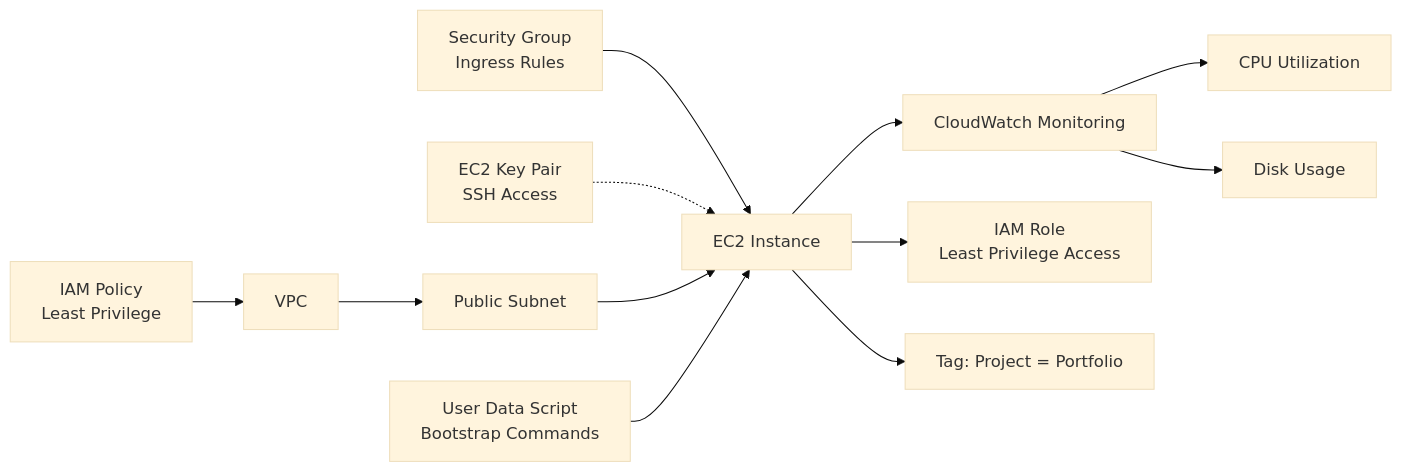
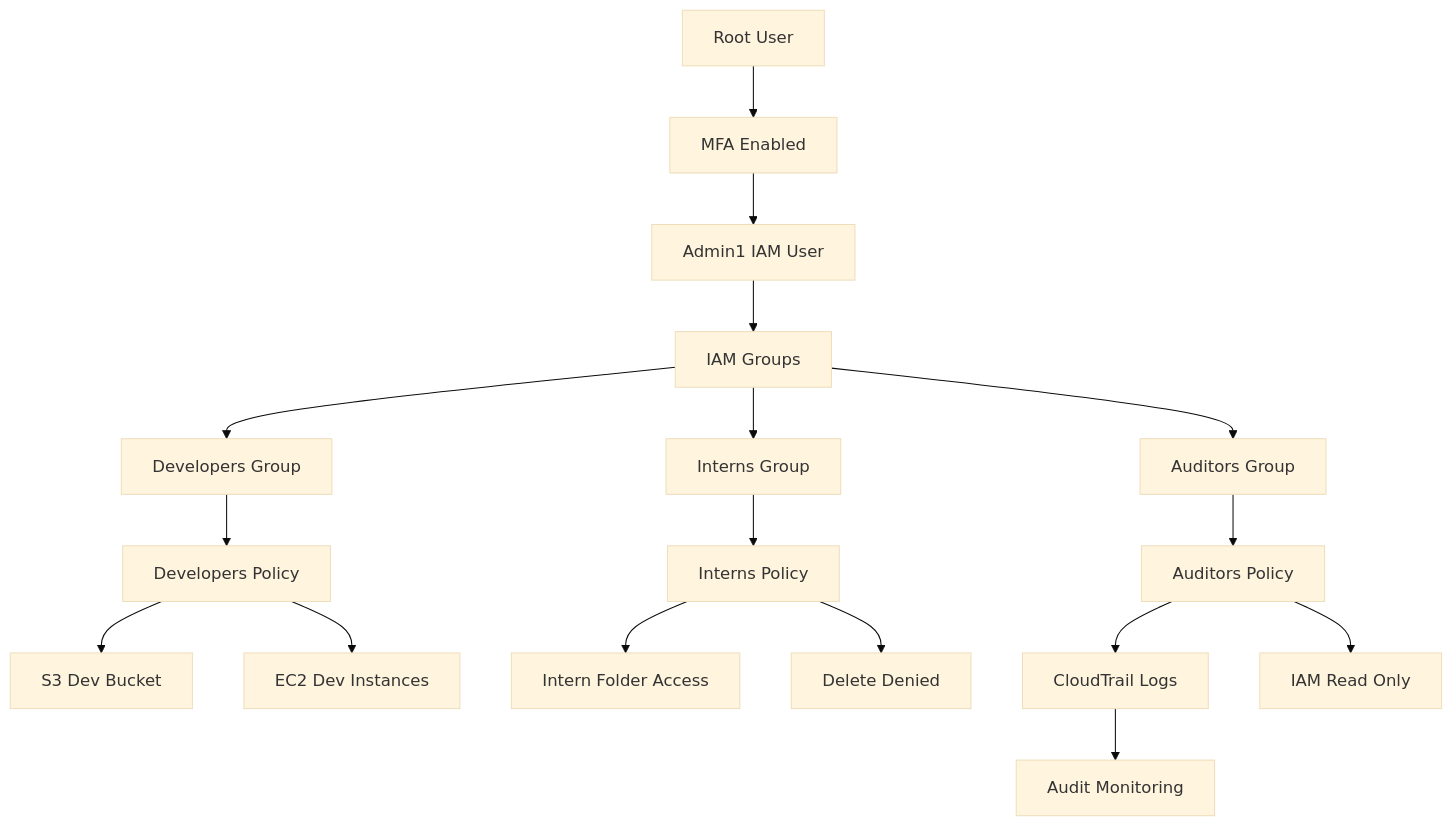
Before and after one commit to hamzahashmi3/aws-iam-secure-multi-role-architecture: the diagram in README.md, drawn with Mermaid (base theme). The commit also changed other lines of this file, not shown here.

````diff
--- a/README.md
+++ b/README.md
@@ -29,15 +28,28 @@
 ```mermaid
-flowchart LR
-    A[IAM Policy<br/>Least Privilege] --> B[VPC]
-    C[Security Group<br/>Ingress Rules] --> D[EC2 Instance]
-    E[EC2 Key Pair<br/>SSH Access] -.-> D
-    B --> F[Public Subnet]
-    F --> D
-    G[User Data Script<br/>Bootstrap Commands] --> D
-    D --> H[CloudWatch Monitoring]
-    D --> I[IAM Role<br/>Least Privilege Access]
-    D --> J[Tag: Project = Portfolio]
+flowchart TB
+    A[Root User] --> B[MFA Enabled]
 
-    H --> H1[CPU Utilization]
-    H --> H2[Disk Usage]
+    B --> C[Admin1 IAM User]
+
+    C --> D[IAM Groups]
+
+    D --> G1[Developers Group]
+    D --> G2[Interns Group]
+    D --> G3[Auditors Group]
+
+    G1 --> P1[Developers Policy]
+    G2 --> P2[Interns Policy]
+    G3 --> P3[Auditors Policy]
+
+    P1 --> S3[S3 Dev Bucket]
+    P1 --> EC2[EC2 Dev Instances]
+
+    P2 --> F1[Intern Folder Access]
+    P2 --> D1[Delete Denied]
+
+    P3 --> CT[CloudTrail Logs]
+    P3 --> IAM[IAM Read Only]
+
+    CT --> LOGS[Audit Monitoring]
+
 ```
````
